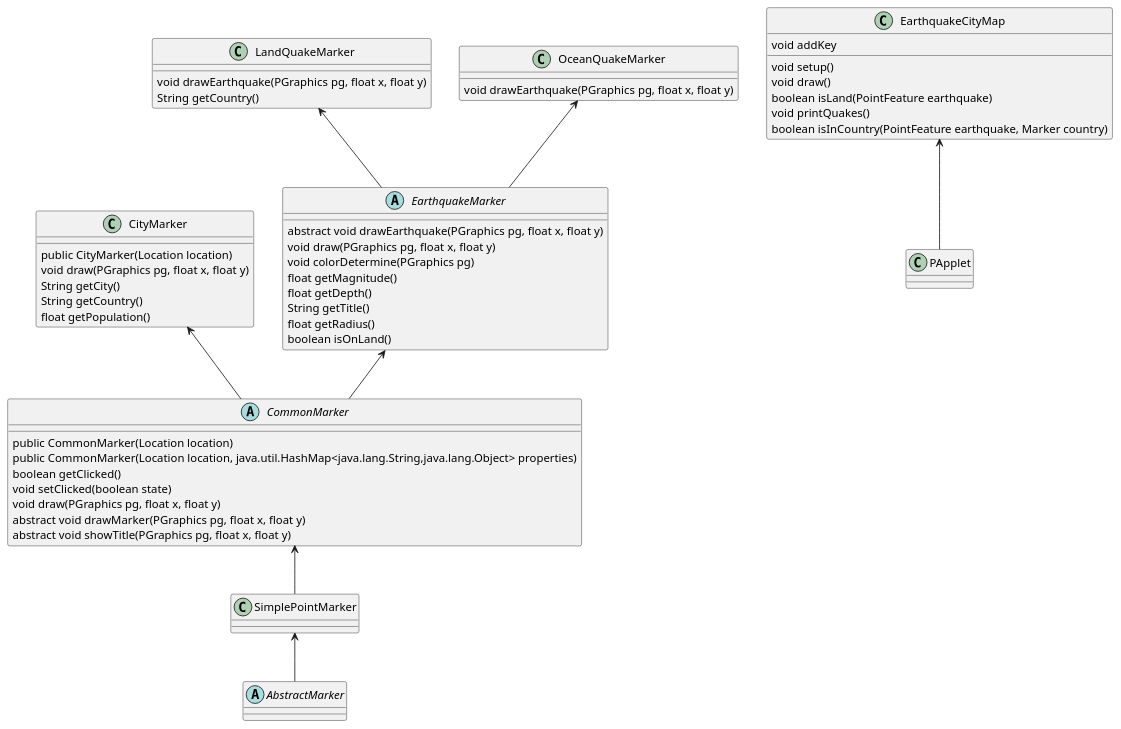
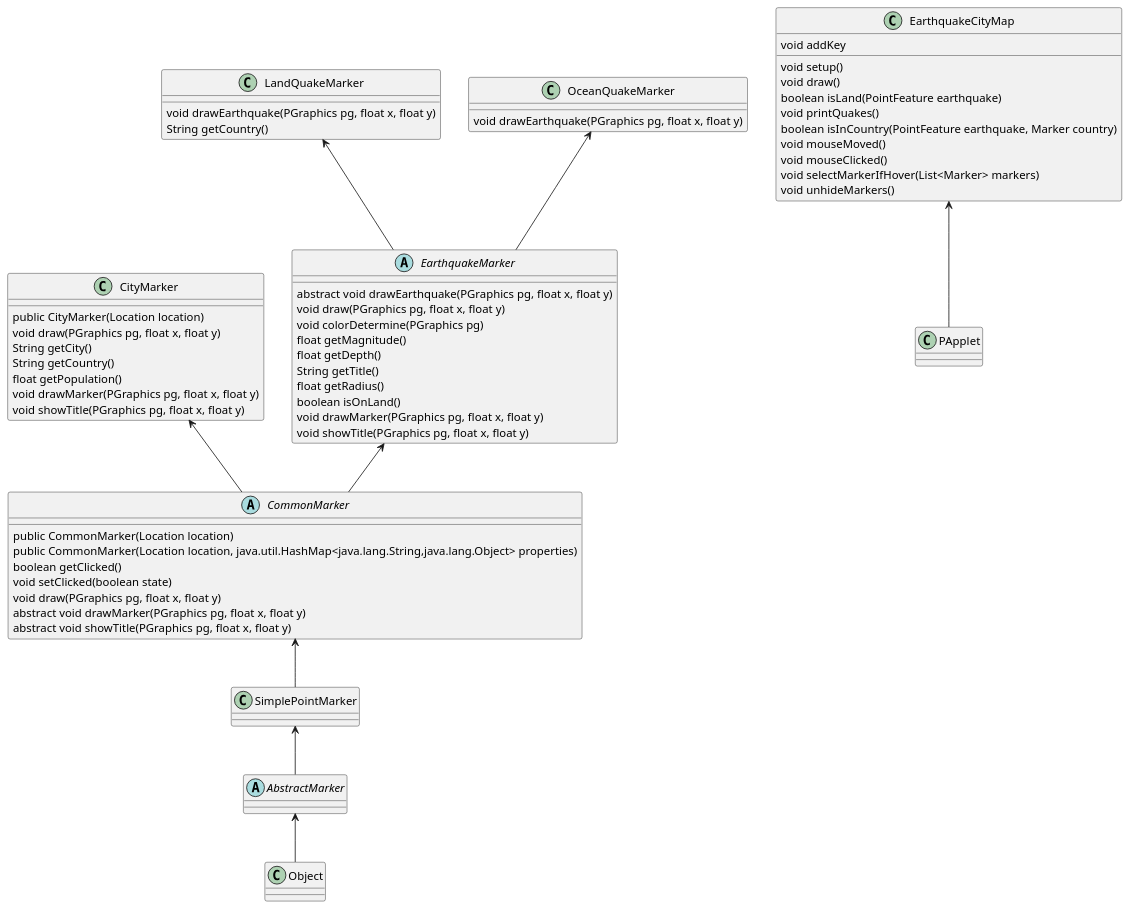
One commit to EUxGB/UCSDUnfoldingMaps changed the diagram in src/module5/my.puml. Above: the diagram before and after it, drawn with PlantUML. The commit also changed 3 other files, not shown here.

```diff
--- a/src/module5/my.puml
+++ b/src/module5/my.puml
@@ -1,61 +1,70 @@
 @startuml
-
+class Object
 abstract class AbstractMarker
 abstract class CommonMarker{
 public CommonMarker(Location location)
 public CommonMarker(Location location, java.util.HashMap<java.lang.String,java.lang.Object> properties)
 boolean getClicked()
 void setClicked(boolean state)
 void draw(PGraphics pg, float x, float y)
 abstract void drawMarker(PGraphics pg, float x, float y)
 abstract void showTitle(PGraphics pg, float x, float y)
 }
 
 class SimplePointMarker
 
 class CityMarker{
 public CityMarker(Location location)
 void draw(PGraphics pg, float x, float y)
 String getCity()
 String getCountry()
 float getPopulation()
+void drawMarker(PGraphics pg, float x, float y)
+void showTitle(PGraphics pg, float x, float y)
 }
 
 abstract class EarthquakeMarker{
 abstract void drawEarthquake(PGraphics pg, float x, float y)
 void draw(PGraphics pg, float x, float y)
 void colorDetermine(PGraphics pg)
  float getMagnitude()
  float getDepth()
  String getTitle()
  float getRadius()
  boolean isOnLand()
+ void drawMarker(PGraphics pg, float x, float y)
+ void showTitle(PGraphics pg, float x, float y)
 }
 
 class LandQuakeMarker{
 void drawEarthquake(PGraphics pg, float x, float y)
 String getCountry()
 
 }
 class OceanQuakeMarker{
 void drawEarthquake(PGraphics pg, float x, float y)
 }
 
 
 class EarthquakeCityMap{
 void setup()
 void addKey
 void draw()
 boolean isLand(PointFeature earthquake)
 void printQuakes()
 boolean isInCountry(PointFeature earthquake, Marker country)
+void mouseMoved()
+void mouseClicked()
+void selectMarkerIfHover(List<Marker> markers)
+void unhideMarkers()
 }
 CommonMarker <-- SimplePointMarker
 SimplePointMarker <--AbstractMarker
 CityMarker <-- CommonMarker
 EarthquakeMarker <-- CommonMarker
 LandQuakeMarker <-- EarthquakeMarker
 OceanQuakeMarker <-- EarthquakeMarker
 EarthquakeCityMap <-- PApplet
+AbstractMarker <--Object
 
 @enduml
```
